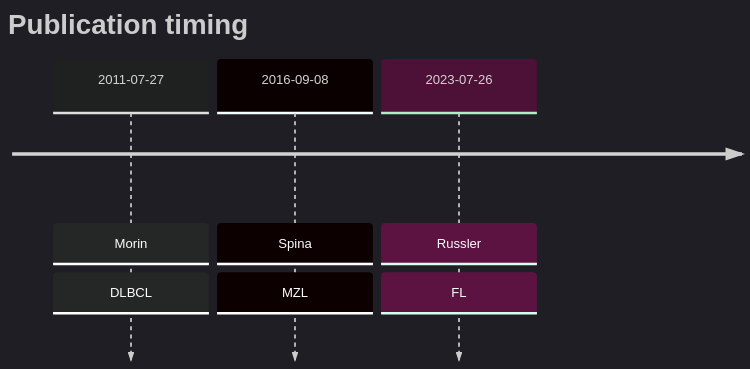
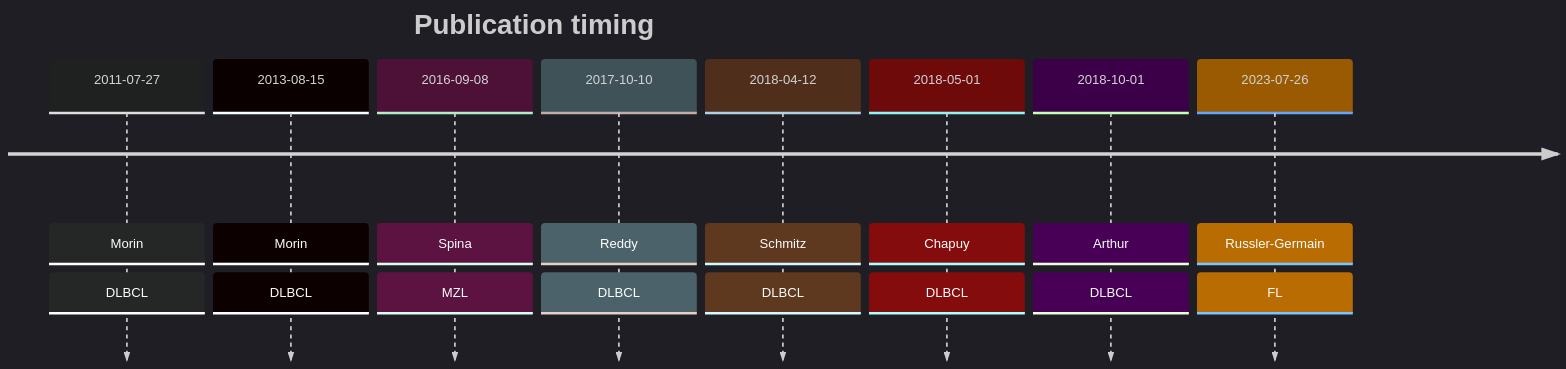
The diagram in BCL10.md (morinlab/lymphopedia), drawn with Mermaid before and after one commit. The commit also changed other lines of this file, not shown here.

````diff
--- a/BCL10.md
+++ b/BCL10.md
@@ -21,8 +21,13 @@
 ```mermaid
 %%{init: { 'logLevel': 'debug', 'theme': 'dark' } }%%
 timeline
     title Publication timing
-      2011-07-27 : Morin : DLBCL
-      2016-09-08 : Spina : MZL
-      2023-07-26 : Russler : FL
+2011-07-27 : Morin : DLBCL
+2013-08-15 : Morin : DLBCL
+2016-09-08 : Spina : MZL
+2017-10-10 : Reddy : DLBCL
+2018-04-12 : Schmitz : DLBCL
+2018-05-01 : Chapuy : DLBCL
+2018-10-01 : Arthur : DLBCL
+ 2023-07-26 : Russler-Germain : FL
 ```
````
